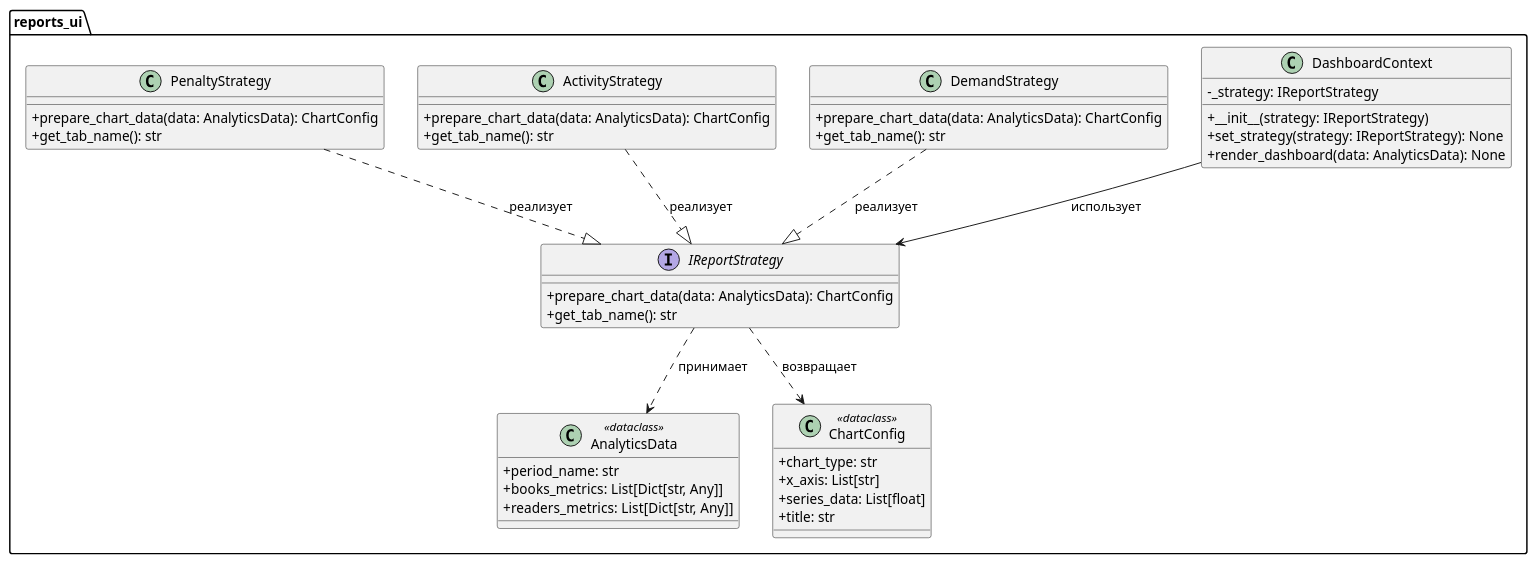
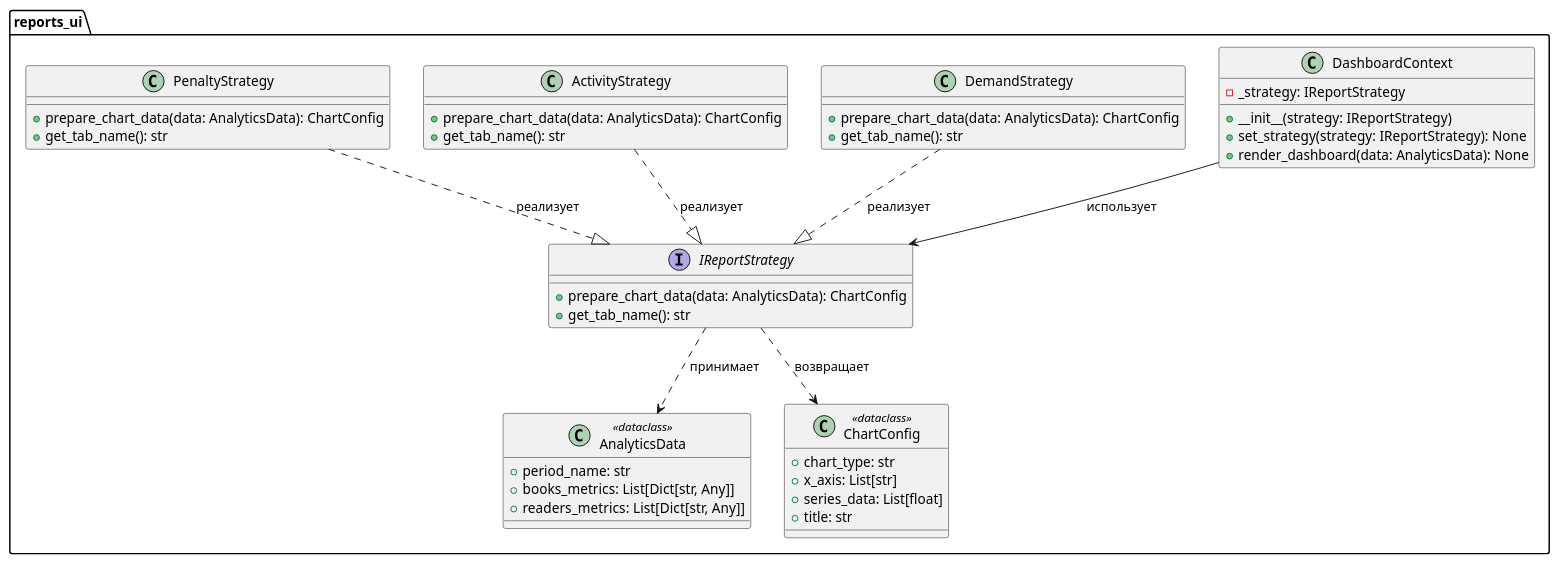
The diagram in docs/src/code/mandryka-reports_ui.puml (foxsotiras/library), drawn with PlantUML before and after one commit.

Commit message:
Исправила синтаксис

```diff
--- a/docs/src/code/mandryka-reports_ui.puml
+++ b/docs/src/code/mandryka-reports_ui.puml
@@ -1,54 +1,53 @@
 @startuml mandryka-reports_ui
-skinparam classAttributeIconSize 0
 
 package "reports_ui" {
 
     class DashboardContext {
         - _strategy: IReportStrategy
         + __init__(strategy: IReportStrategy)
         + set_strategy(strategy: IReportStrategy): None
         + render_dashboard(data: AnalyticsData): None
     }
 
     interface IReportStrategy {
         + prepare_chart_data(data: AnalyticsData): ChartConfig
         + get_tab_name(): str
     }
 
     class DemandStrategy {
         + prepare_chart_data(data: AnalyticsData): ChartConfig
         + get_tab_name(): str
     }
 
     class ActivityStrategy {
         + prepare_chart_data(data: AnalyticsData): ChartConfig
         + get_tab_name(): str
     }
 
     class PenaltyStrategy {
         + prepare_chart_data(data: AnalyticsData): ChartConfig
         + get_tab_name(): str
     }
 
     class AnalyticsData <<dataclass>> {
         + period_name: str
         + books_metrics: List[Dict[str, Any]]
         + readers_metrics: List[Dict[str, Any]]
     }
 
     class ChartConfig <<dataclass>> {
         + chart_type: str
         + x_axis: List[str]
         + series_data: List[float]
         + title: str
     }
 
     DashboardContext --> IReportStrategy : использует
     DemandStrategy ..|> IReportStrategy : реализует
     ActivityStrategy ..|> IReportStrategy : реализует
     PenaltyStrategy ..|> IReportStrategy : реализует
 
     IReportStrategy ..> AnalyticsData : принимает
     IReportStrategy ..> ChartConfig : возвращает
 }
 @enduml
```
